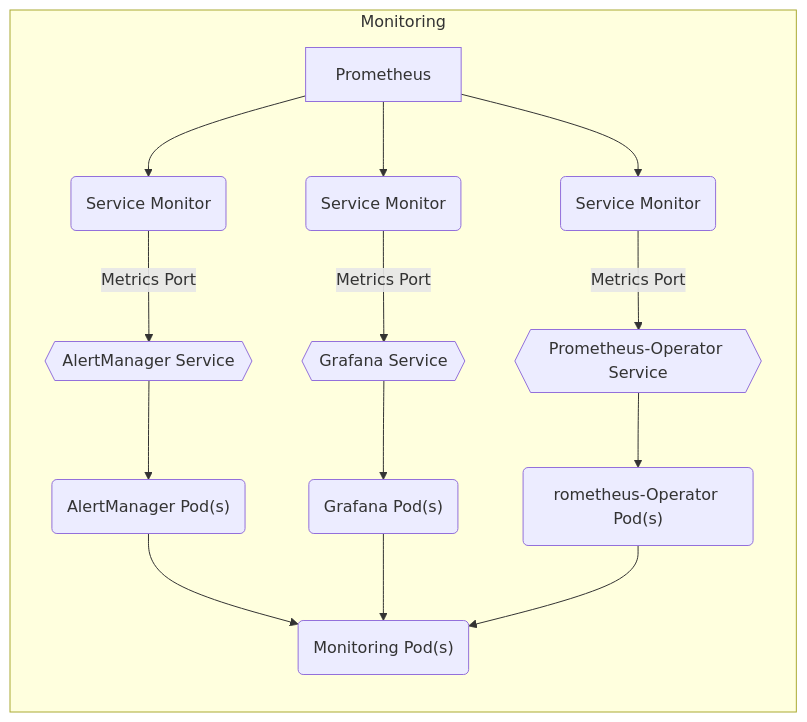
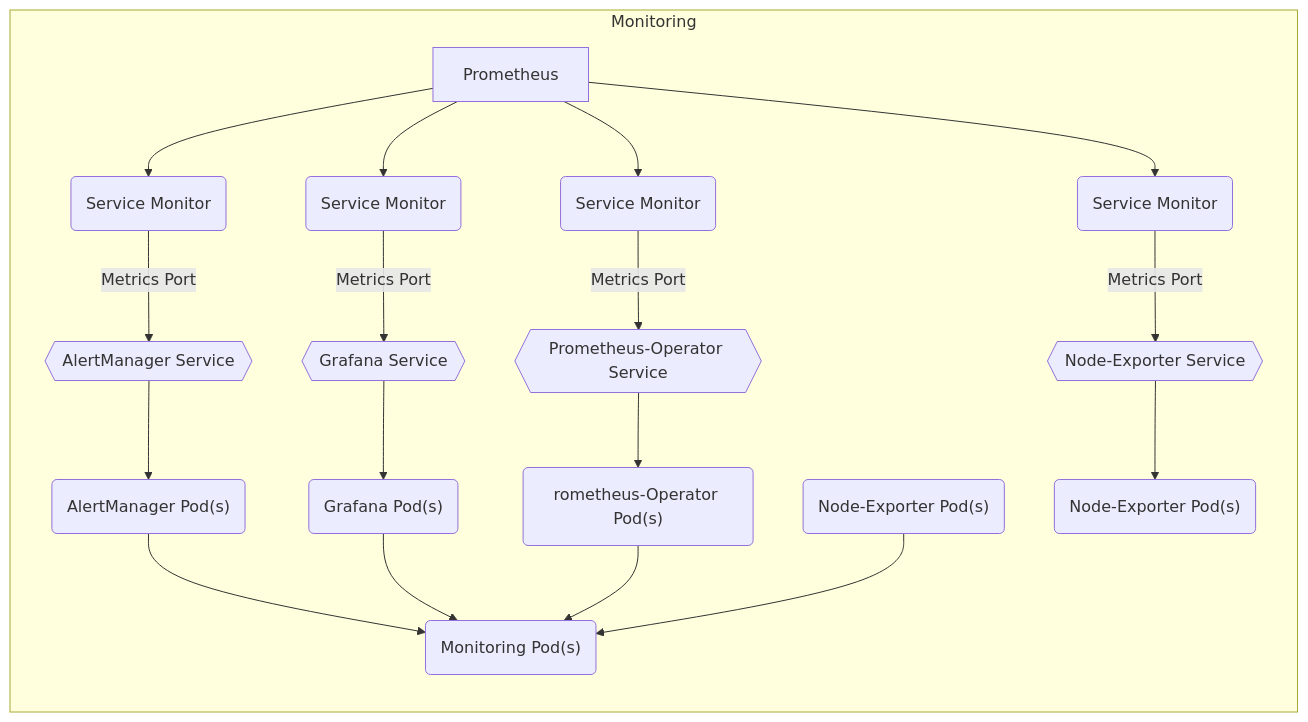
The diagram in charter/packages/monitoring/Architecture.md (sbko/bigbang), drawn with Mermaid before and after one commit.

Commit message:
monitoring architecture

````diff
--- a/charter/packages/monitoring/Architecture.md
+++ b/charter/packages/monitoring/Architecture.md
@@ -12,20 +12,24 @@
  ```mermaid
 graph LR
   subgraph "Monitoring"
     alertmanagerpods("AlertManager Pod(s)") --> monitoringpods("Monitoring Pod(s)")
     alertmanagerservice{{AlertManager Service}} --> alertmanagerpods("AlertManager Pod(s)")
     alertmanagersvcmonitor("Service Monitor") --"Metrics Port"--> alertmanagerservice
     Prometheus --> alertmanagersvcmonitor("Service Monitor")
     grafanapods("Grafana Pod(s)") --> monitoringpods("Monitoring Pod(s)")
     grafanaservice{{Grafana Service}} --> grafanapods("Grafana Pod(s)")
     grafanasvcmonitor("Service Monitor") --"Metrics Port"--> grafanaservice
     Prometheus --> grafanasvcmonitor("Service Monitor")
     prometheusoperatorpods("Prometheus-Operator Pod(s)") --> monitoringpods("Monitoring Pod(s)")
     prometheusoperatorservice{{Prometheus-Operator Service}} -->  prometheusoperatorpods("rometheus-Operator Pod(s)")
     prometheusoperatorsvcmonitor("Service Monitor") --"Metrics Port"--> prometheusoperatorservice
     Prometheus --> prometheusoperatorsvcmonitor("Service Monitor")
+    nodeexporterpods("Node-Exporter Pod(s)") --> monitoringpods("Monitoring Pod(s)")
+    nodeexporterservice{{Node-Exporter Service}} -->  nodeexporterpodspods("Node-Exporter Pod(s)")
+    nodeexportersvcmonitor("Service Monitor") --"Metrics Port"-->  nodeexporterservice
+    Prometheus --> nodeexportersvcmonitor("Service Monitor")
 
     
   end
   
 ```   
````
